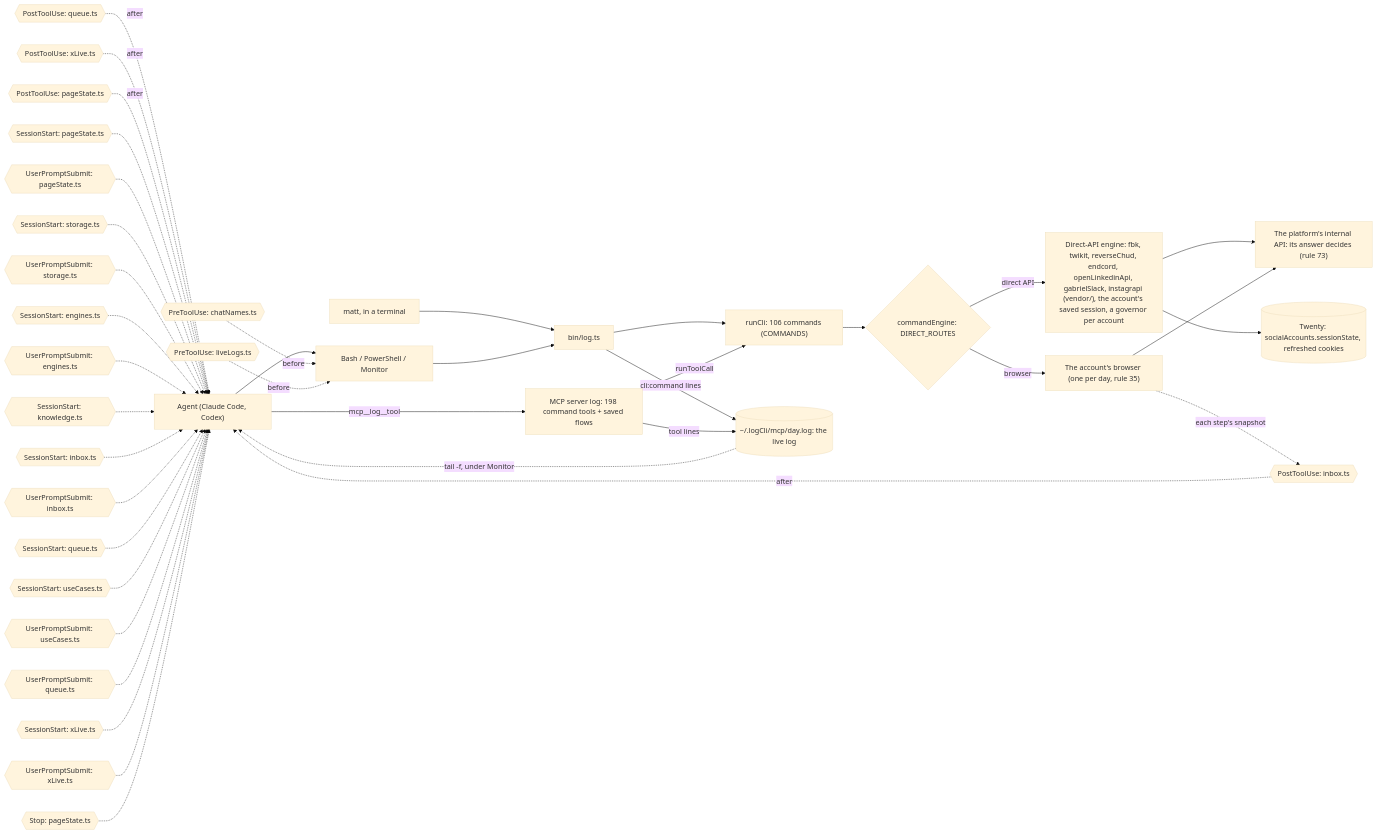
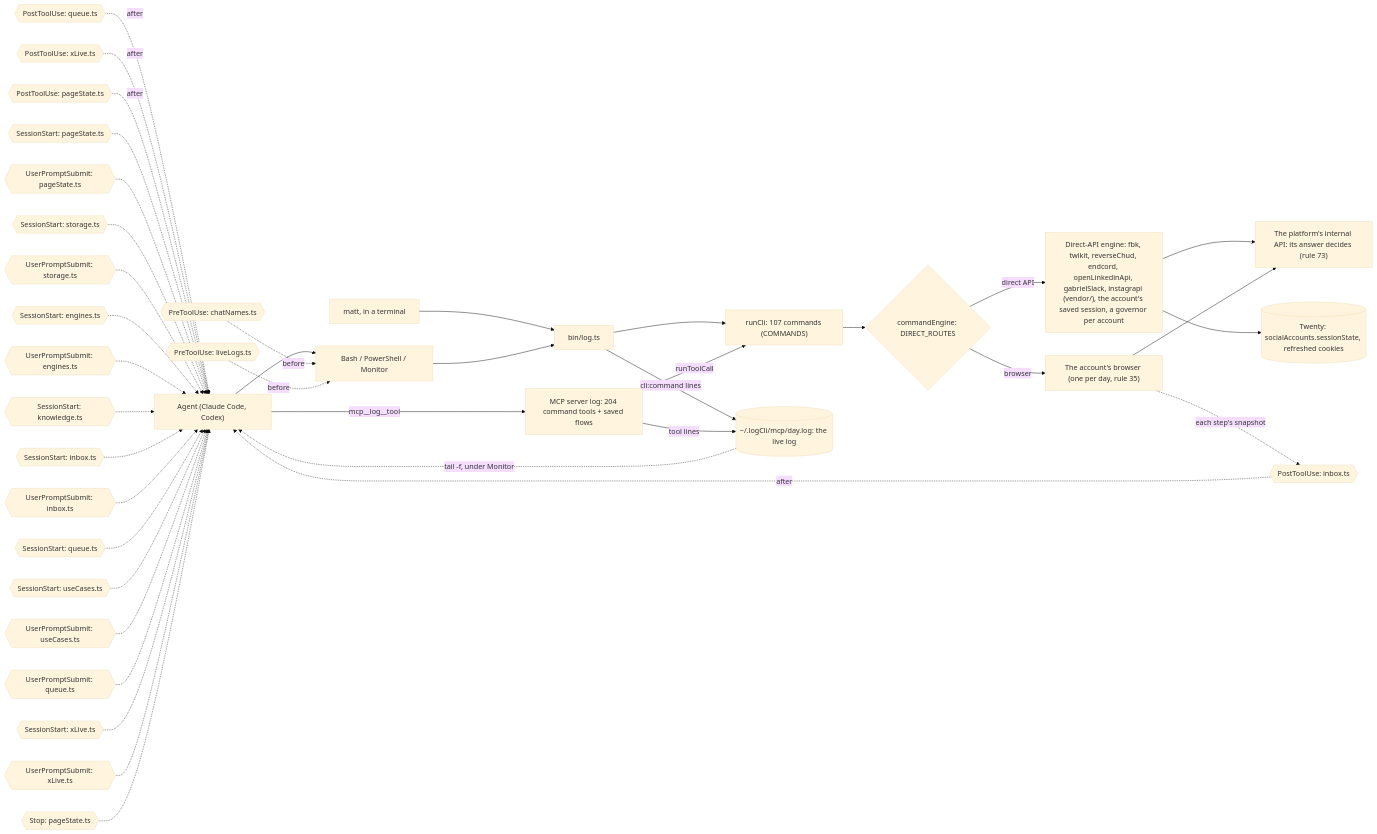
One commit to matthewdonsemail-lab/log changed the diagram in docs/diagrams/surface.mmd. Above: the diagram before and after it, drawn with Mermaid (base theme). The commit also changed 79 other files, not shown here.

```diff
--- a/docs/diagrams/surface.mmd
+++ b/docs/diagrams/surface.mmd
@@ -1,53 +1,53 @@
 %% How a call reaches log-cli. From a shell or over MCP, both run the same commands through `runCli`, write the same live log, and pass through the same hooks. `commandEngine` sends each command to the platform's direct API or to the account's browser.
 %% Written by `bun run docs:build` from the code (rule 56). Not edited by hand.
 flowchart LR
   agent["Agent (Claude Code, Codex)"]
   matt["matt, in a terminal"]
   shell["Bash / PowerShell / Monitor"]
-  mcp["MCP server log: 198 command tools + saved flows"]
+  mcp["MCP server log: 204 command tools + saved flows"]
   bin["bin/log.ts"]
-  runCli["runCli: 106 commands (COMMANDS)"]
+  runCli["runCli: 107 commands (COMMANDS)"]
   live[("~/.logCli/mcp/day.log: the live log")]
   engine{"commandEngine: DIRECT_ROUTES"}
   direct["Direct-API engine: fbk, twikit, reverseChud, endcord, openLinkedinApi, gabrielSlack, instagrapi (vendor/), the account's saved session, a governor per account"]
   browser["The account's browser (one per day, rule 35)"]
   api["The platform's internal API: its answer decides (rule 73)"]
   twenty[("Twenty: socialAccounts.sessionState, refreshed cookies")]
   agent --> shell
   matt --> bin
   shell --> bin
   agent -->|mcp__log__tool| mcp
   bin --> runCli
   mcp -->|runToolCall| runCli
   runCli --> engine
   engine -->|direct API| direct
   engine -->|browser| browser
   direct --> api
   browser --> api
   direct --> twenty
   bin -->|cli:command lines| live
   mcp -->|tool lines| live
   live -.->|tail -f, under Monitor| agent
   pre0{{"PreToolUse: chatNames.ts"}} -.->|before| shell
   pre1{{"PreToolUse: liveLogs.ts"}} -.->|before| shell
   post0{{"PostToolUse: inbox.ts"}} -.->|after| agent
   post1{{"PostToolUse: queue.ts"}} -.->|after| agent
   post2{{"PostToolUse: xLive.ts"}} -.->|after| agent
   post3{{"PostToolUse: pageState.ts"}} -.->|after| agent
   turn0{{"SessionStart: pageState.ts"}} -.-> agent
   turn1{{"UserPromptSubmit: pageState.ts"}} -.-> agent
   turn2{{"SessionStart: storage.ts"}} -.-> agent
   turn3{{"UserPromptSubmit: storage.ts"}} -.-> agent
   turn4{{"SessionStart: engines.ts"}} -.-> agent
   turn5{{"UserPromptSubmit: engines.ts"}} -.-> agent
   turn6{{"SessionStart: knowledge.ts"}} -.-> agent
   turn7{{"SessionStart: inbox.ts"}} -.-> agent
   turn8{{"UserPromptSubmit: inbox.ts"}} -.-> agent
   turn9{{"SessionStart: queue.ts"}} -.-> agent
   turn10{{"SessionStart: useCases.ts"}} -.-> agent
   turn11{{"UserPromptSubmit: useCases.ts"}} -.-> agent
   turn12{{"UserPromptSubmit: queue.ts"}} -.-> agent
   turn13{{"SessionStart: xLive.ts"}} -.-> agent
   turn14{{"UserPromptSubmit: xLive.ts"}} -.-> agent
   turn15{{"Stop: pageState.ts"}} -.-> agent
   browser -.->|each step's snapshot| post0
```
